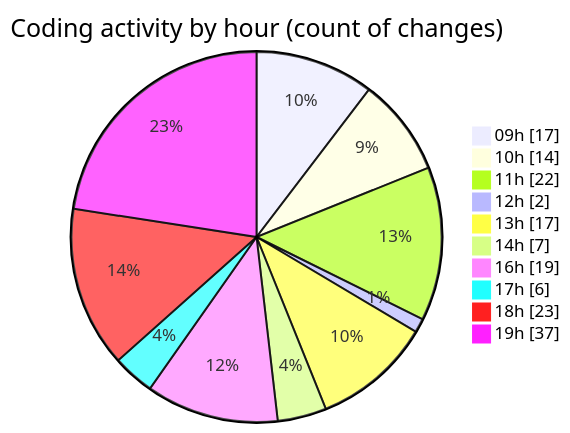
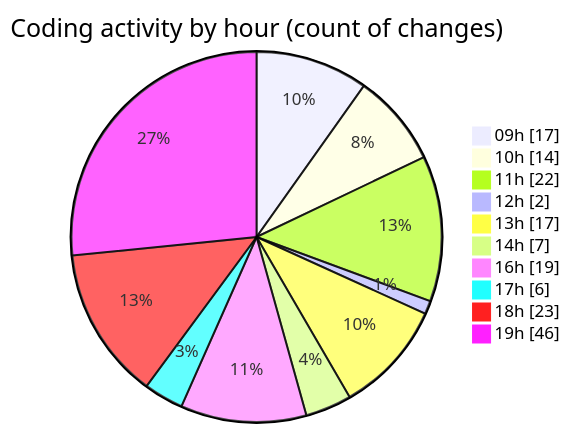
One commit to momahboobian/code-tracking changed the second of 2 diagrams in 2026-04-28/cda/README.md. Above: the diagram before and after it, drawn with Mermaid. The commit also changed other lines of this file and 1 other file, not shown here.

````diff
--- a/2026-04-28/cda/README.md
+++ b/2026-04-28/cda/README.md
@@ -80,14 +80,14 @@
 ```mermaid
 pie showData
 title Coding activity by hour (count of changes)
 "09h" : 17
 "10h" : 14
 "11h" : 22
 "12h" : 2
 "13h" : 17
 "14h" : 7
 "16h" : 19
 "17h" : 6
 "18h" : 23
-"19h" : 37
+"19h" : 46
 ```
````
